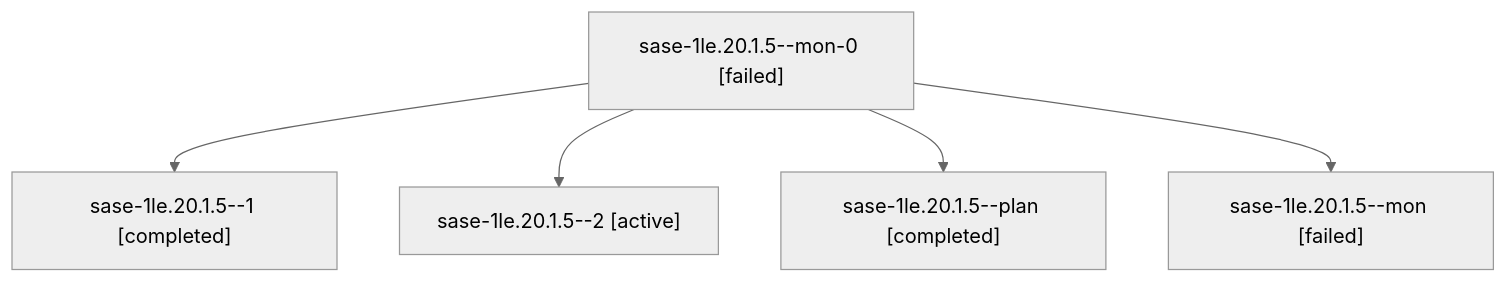
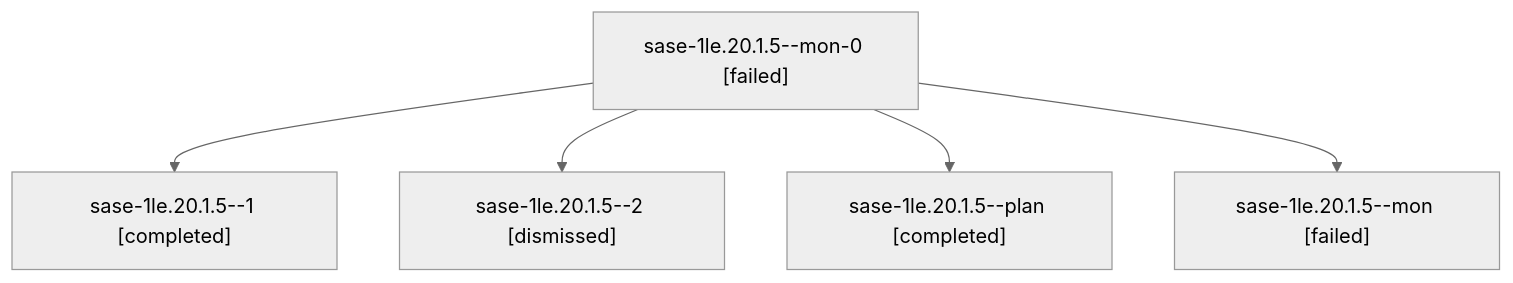
Before and after one commit to sase-org/sase--agents: the diagram in sessions/bbugyi200.athena.sase-1le.20.1.5.md, drawn with Mermaid (neutral theme). The commit also changed other lines of this file and 247 other files, not shown here.

````diff
--- a/sessions/bbugyi200.athena.sase-1le.20.1.5.md
+++ b/sessions/bbugyi200.athena.sase-1le.20.1.5.md
@@ -9,12 +9,12 @@
 ```mermaid
 flowchart TD
   n0["sase-1le.20.1.5--mon-0 [failed]"]
   n1["sase-1le.20.1.5--1 [completed]"]
   n0 --> n1
-  n2["sase-1le.20.1.5--2 [active]"]
+  n2["sase-1le.20.1.5--2 [dismissed]"]
   n0 --> n2
   n3["sase-1le.20.1.5--plan [completed]"]
   n0 --> n3
   n4["sase-1le.20.1.5--mon [failed]"]
   n0 --> n4
 ```
````
